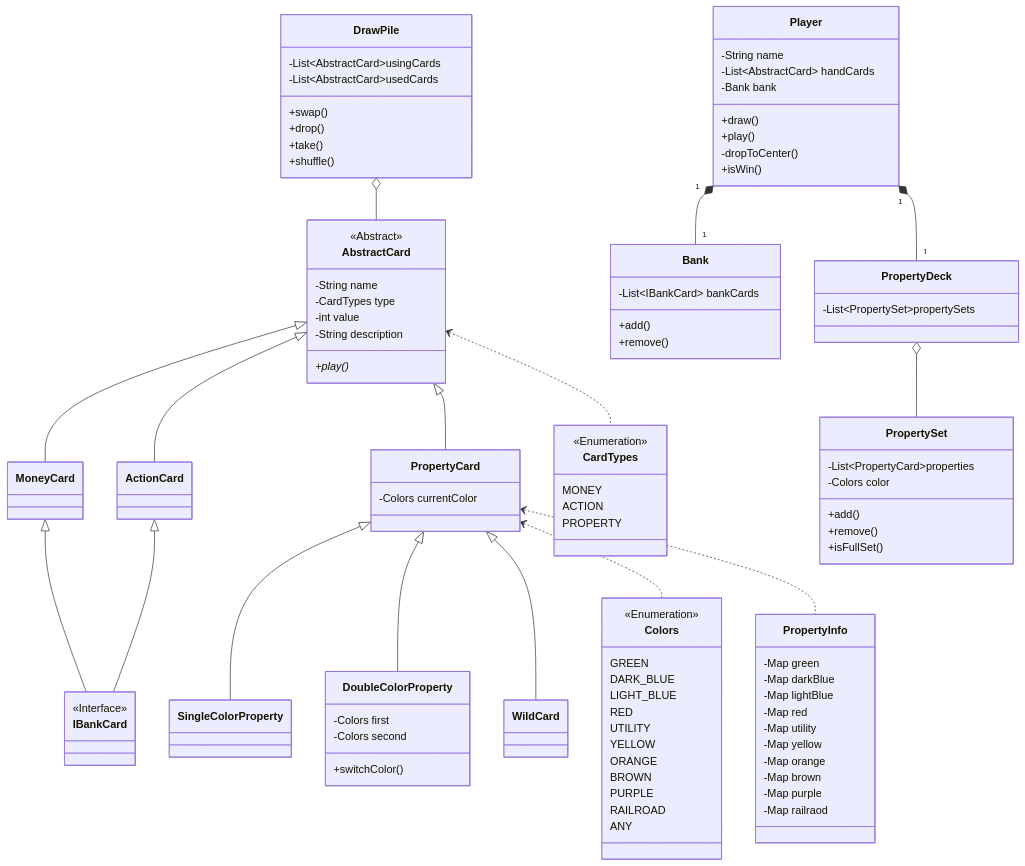
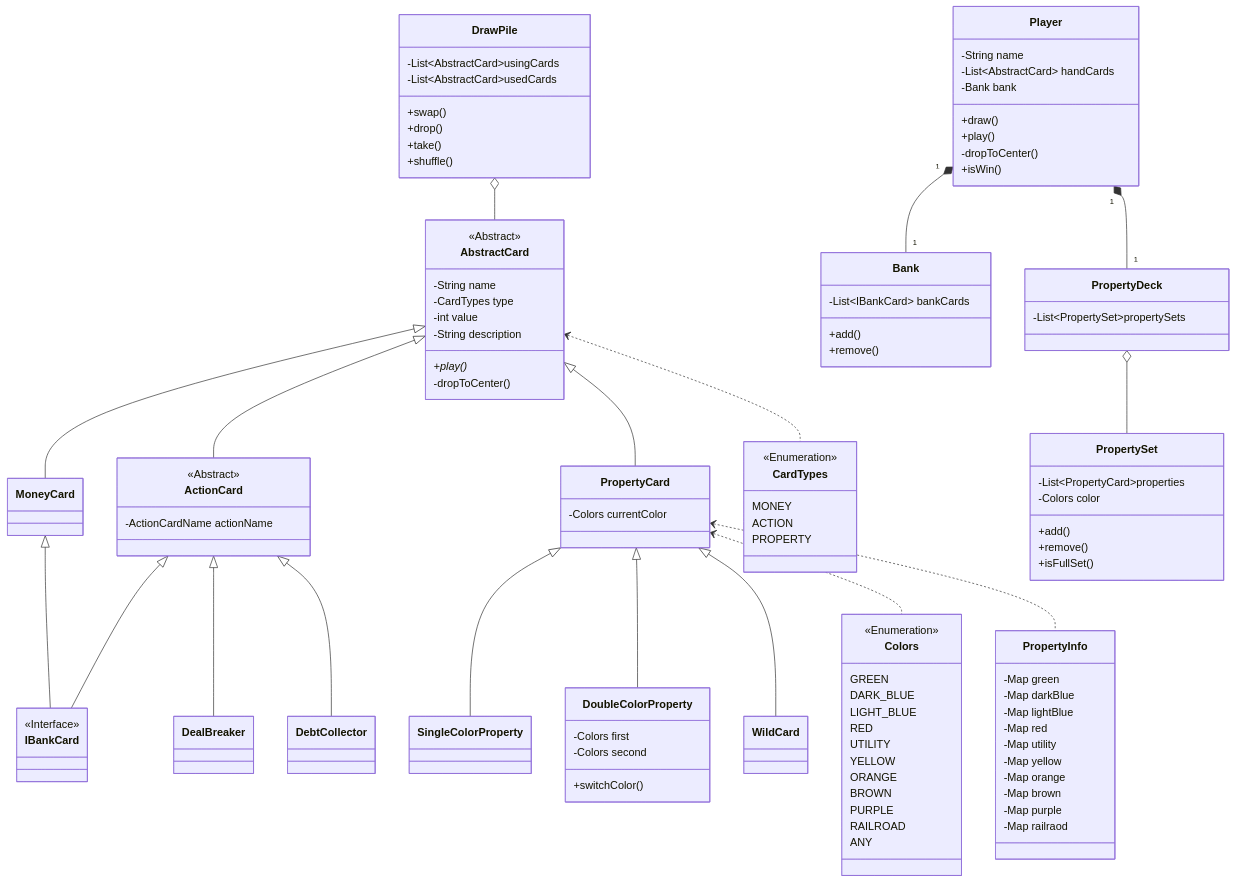
The second of 2 diagrams in README.md (KelvinQiu802/comp2004), drawn with Mermaid before and after one commit.

Commit message:
docs: add class

````diff
--- a/README.md
+++ b/README.md
@@ -82,6 +82,8 @@
 	PropertyCard <.. Colors
 	PropertyDeck o-- PropertySet
 	PropertyCard <.. PropertyInfo
+	ActionCard <|-- DealBreaker
+	ActionCard <|-- DebtCollector
 	
 	class AbstractCard{
 		<<Abstract>>
@@ -90,11 +92,15 @@
 		-int value
 		-String description
 		+play()*
+		-dropToCenter()
 	}
 		
 	class MoneyCard
 	
-	class ActionCard
+	class ActionCard{
+		<<Abstract>>
+		-ActionCardName actionName
+	}
 	
 	class PropertyCard{
 		-Colors currentColor
@@ -185,4 +191,8 @@
 		-Map purple
 		-Map railraod
 	}
+	
+	class DealBreaker
+	
+	class DebtCollector
 ```
````
